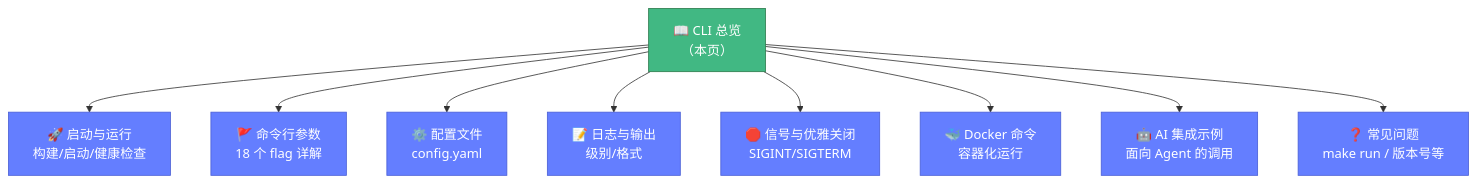
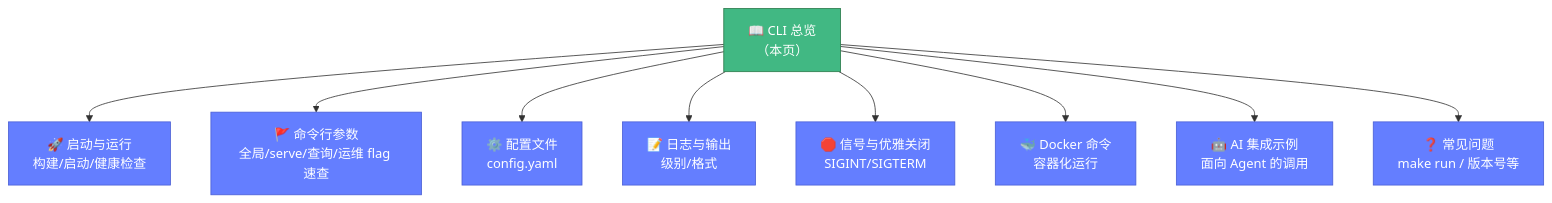
Before and after one commit to cyberspacesec/whois-skills: the third of 3 diagrams in website/cli/overview.md, drawn with Mermaid. The commit also changed other lines of this file and 16 other files, not shown here.

````diff
--- a/website/cli/overview.md
+++ b/website/cli/overview.md
@@ -132,18 +148,18 @@
 ```mermaid
 flowchart TD
     Overview["📖 CLI 总览<br/>（本页）"]
 
     Overview --> Usage["🚀 启动与运行<br/>构建/启动/健康检查"]
-    Overview --> Flags["🚩 命令行参数<br/>18 个 flag 详解"]
+    Overview --> Flags["🚩 命令行参数<br/>全局/serve/查询/运维 flag 速查"]
     Overview --> Cfg["⚙️ 配置文件<br/>config.yaml"]
     Overview --> Log["📝 日志与输出<br/>级别/格式"]
     Overview --> Sig["🛑 信号与优雅关闭<br/>SIGINT/SIGTERM"]
     Overview --> Docker["🐳 Docker 命令<br/>容器化运行"]
     Overview --> AI["🤖 AI 集成示例<br/>面向 Agent 的调用"]
     Overview --> FAQ["❓ 常见问题<br/>make run / 版本号等"]
 
     classDef root fill:#41b883,color:#fff,stroke:#2b7a4b
     classDef node fill:#647eff,color:#fff,stroke:#4a5fd6
     class Overview root
     class Usage,Flags,Cfg,Log,Sig,Docker,AI,FAQ node
 ```
````
